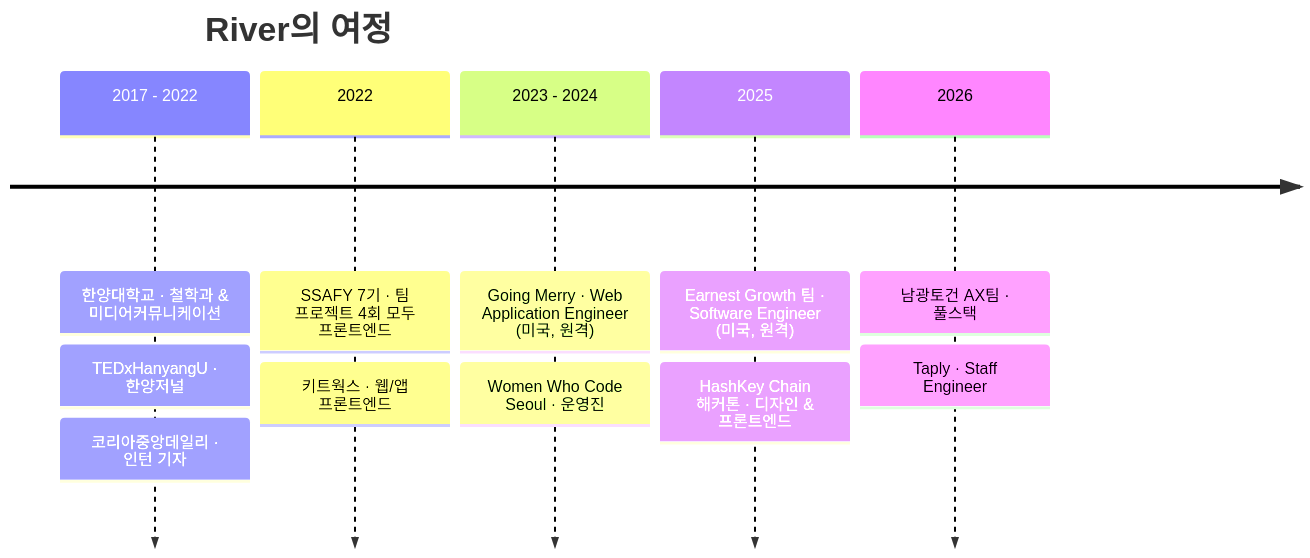
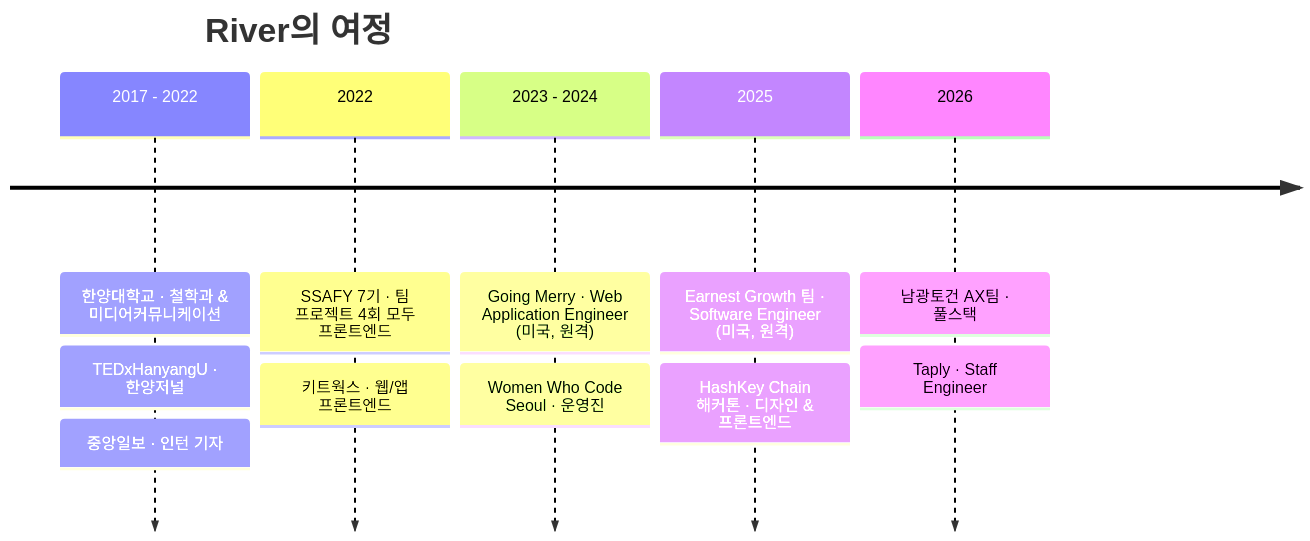
The diagram in README.ko.md (HerrineKim/HerrineKim), drawn with Mermaid before and after one commit. The commit also changed other lines of this file and 1 other file, not shown here.

````diff
--- a/README.ko.md
+++ b/README.ko.md
@@ -48,15 +48,15 @@
 ```mermaid
 timeline
     title River의 여정
     2017 - 2022 : 한양대학교 · 철학과 & 미디어커뮤니케이션
                 : TEDxHanyangU · 한양저널
-                : 코리아중앙데일리 · 인턴 기자
+                : 중앙일보 · 인턴 기자
     2022 : SSAFY 7기 · 팀 프로젝트 4회 모두 프론트엔드
          : 키트웍스 · 웹/앱 프론트엔드
     2023 - 2024 : Going Merry · Web Application Engineer (미국, 원격)
                 : Women Who Code Seoul · 운영진
     2025 : Earnest Growth 팀 · Software Engineer (미국, 원격)
          : HashKey Chain 해커톤 · 디자인 & 프론트엔드
     2026 : 남광토건 AX팀 · 풀스택
          : Taply · Staff Engineer
 ```
````
